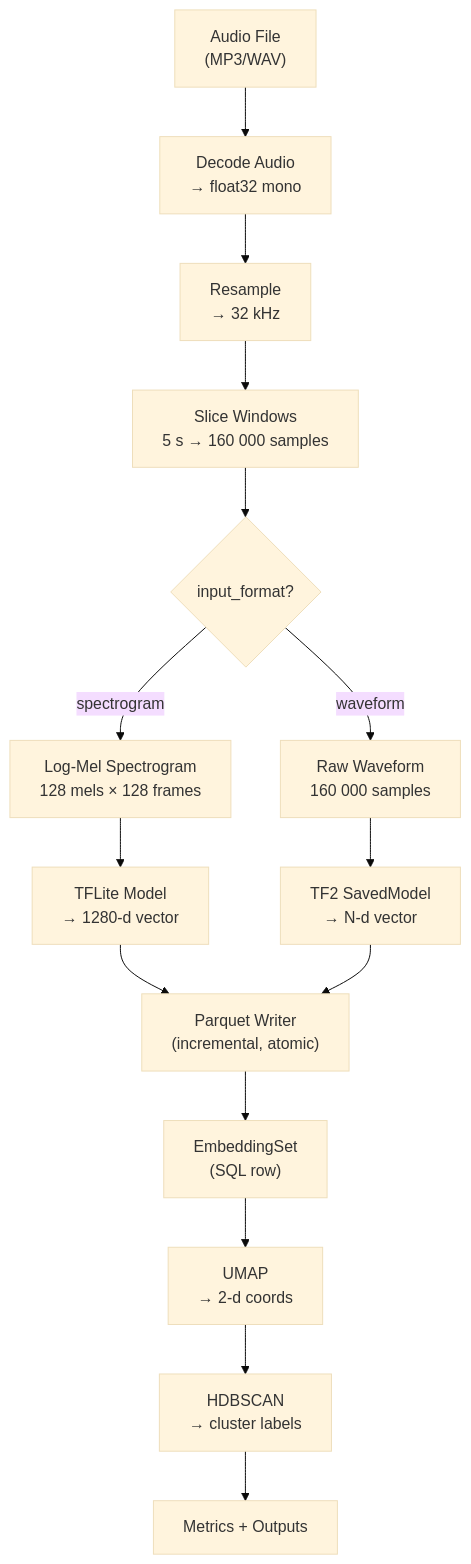
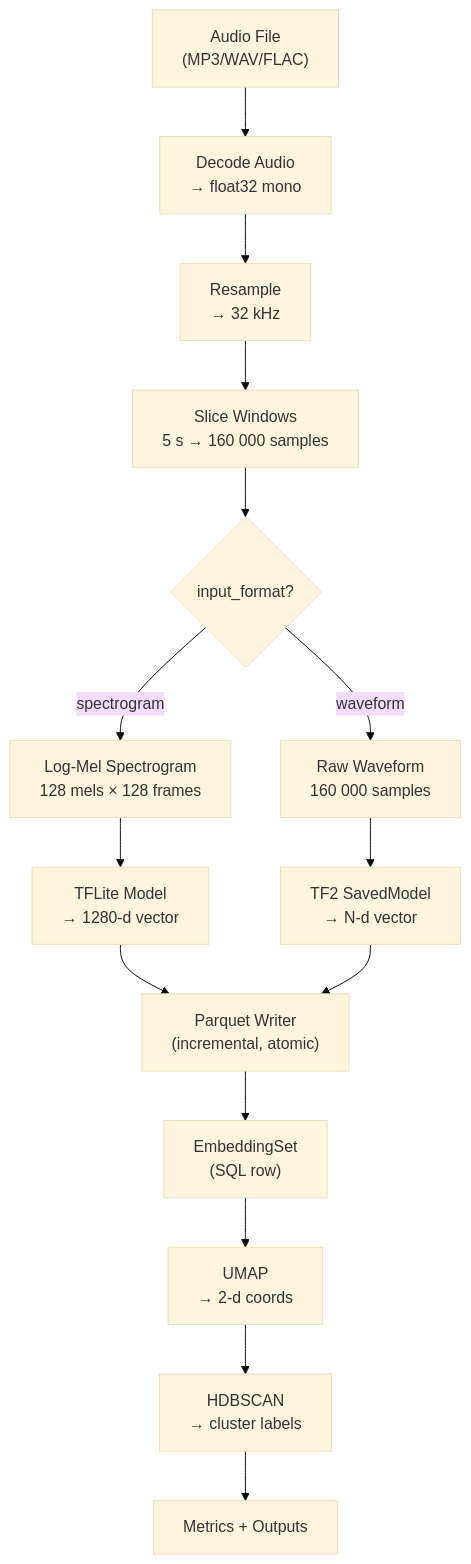
Before and after one commit to mfaulhaber/humpback-acoustic-embed: the diagram in README.md, drawn with Mermaid (base theme). The commit also changed other lines of this file and 6 other files, not shown here.

First line of the commit message:
Add FLAC audio format support

````diff
--- a/README.md
+++ b/README.md
@@ -58,17 +58,17 @@
 ```mermaid
 flowchart TD
-    A["Audio File<br/>(MP3/WAV)"] --> B["Decode Audio<br/>→ float32 mono"]
+    A["Audio File<br/>(MP3/WAV/FLAC)"] --> B["Decode Audio<br/>→ float32 mono"]
     B --> C["Resample<br/>→ 32 kHz"]
     C --> D["Slice Windows<br/>5 s → 160 000 samples"]
     D --> E{input_format?}
     E -- spectrogram --> F["Log-Mel Spectrogram<br/>128 mels × 128 frames"]
     E -- waveform --> G["Raw Waveform<br/>160 000 samples"]
     F --> H["TFLite Model<br/>→ 1280-d vector"]
     G --> I["TF2 SavedModel<br/>→ N-d vector"]
     H --> J["Parquet Writer<br/>(incremental, atomic)"]
     I --> J
     J --> K["EmbeddingSet<br/>(SQL row)"]
     K --> L["UMAP<br/>→ 2-d coords"]
     L --> M["HDBSCAN<br/>→ cluster labels"]
     M --> N["Metrics + Outputs"]
 ```
````
